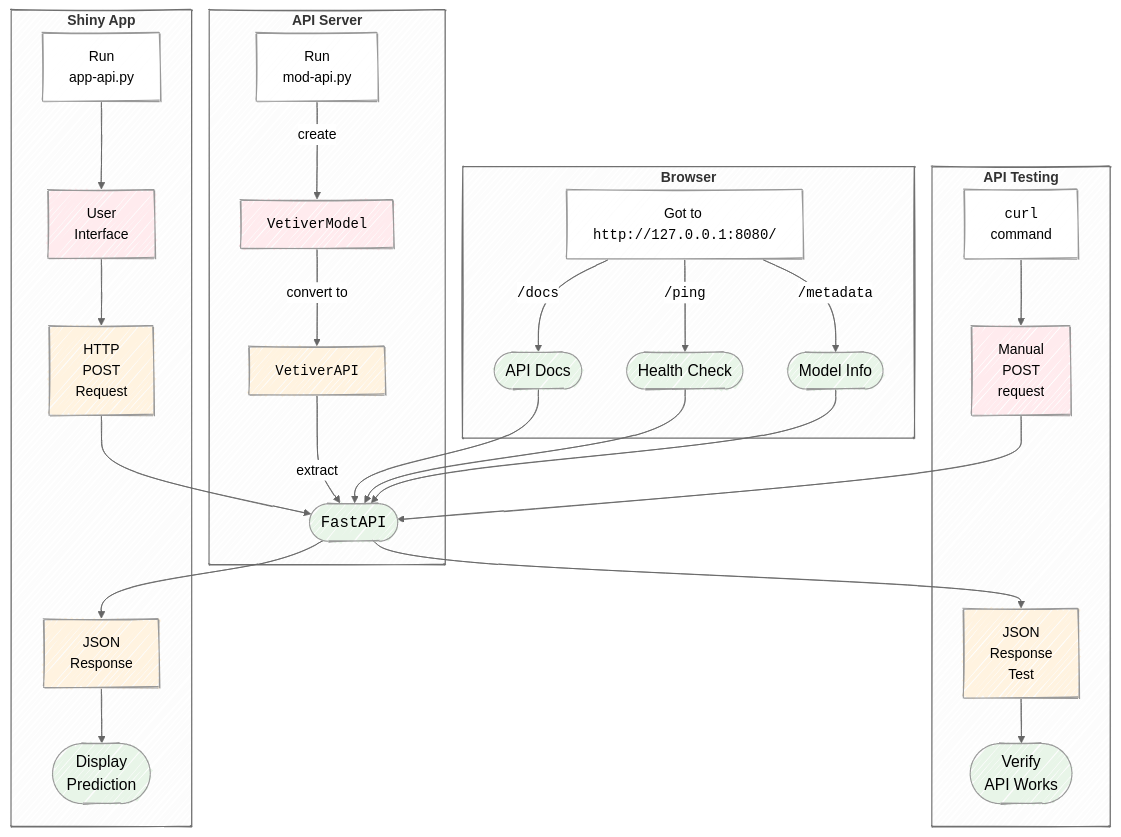
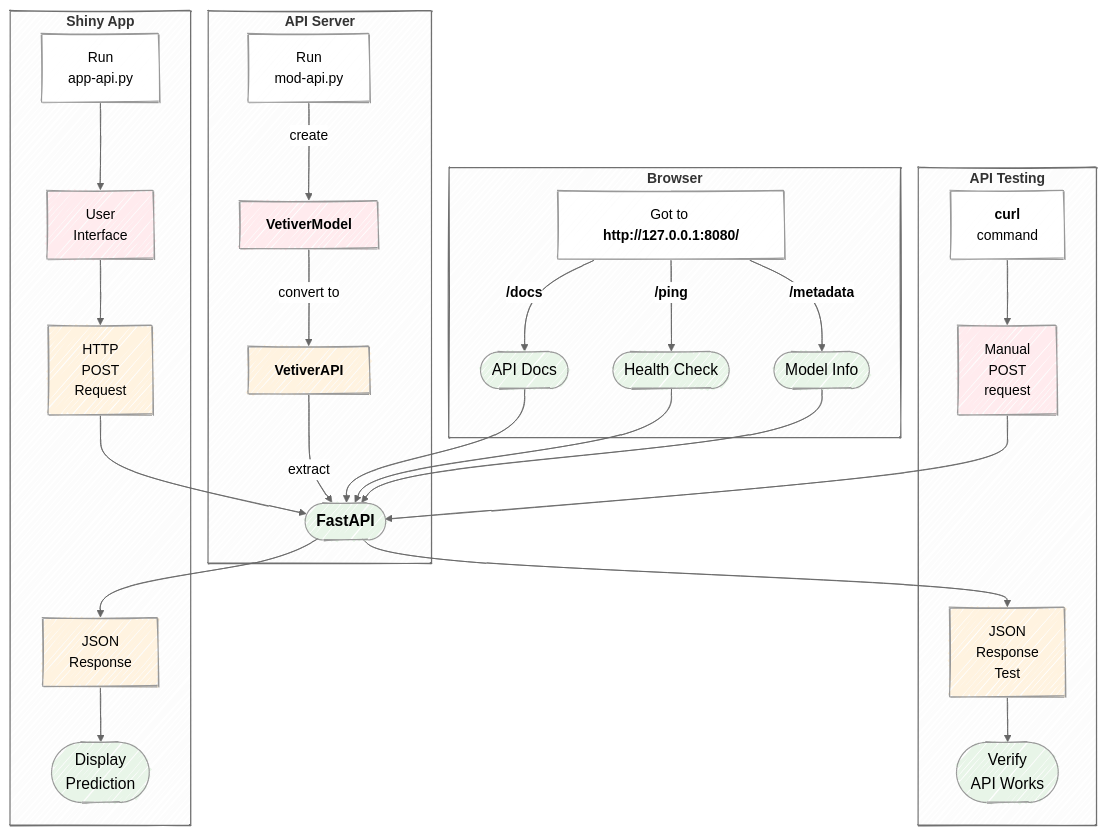
One commit to mjfrigaard/do4ds-labs changed the fourth of 7 diagrams in py-app-api.qmd. Above: the diagram before and after it, drawn with Mermaid. The commit also changed other lines of this file and 34 other files, not shown here.

Commit message:
updates to mermaid

````diff
--- a/py-app-api.qmd
+++ b/py-app-api.qmd
@@ -561,55 +563,56 @@
 ```{mermaid}
 %%| fig-cap: 'Shiny App, Vetiver API Server, & API testing'
 %%| fig-align: center
 %%{init: {'theme': 'neutral', 'look': 'handDrawn', 'themeVariables': { 'fontFamily': 'monospace'}}}%%
+
 graph TD
     subgraph T1["<strong>API Server</strong>"]
-        RunApi["Run<br>mod-api.py"] --"create"--> VetMod["<code>VetiverModel</code>"]
-        VetMod --"convert to"--> VetAPI["<code>VetiverAPI</code>"]
-        VetAPI --"extract"--> FastAPI(["<code>FastAPI</code>"])
+        RunApi["Run<br>mod-api.py"] --"create"--> VetMod["<strong>VetiverModel</strong>"]
+        VetMod --"convert to"--> VetAPI["<strong>VetiverAPI</strong>"]
+        VetAPI --"extract"--> FastAPI(["<strong>FastAPI</strong>"])
     end
     
     subgraph T2["<strong>API Testing</strong>"]
-        Curl["<code>curl</code><br>command"] --> ManPostReq["Manual<br>POST<br>request"]
+        Curl["<strong>curl</strong><br>command"] --> ManPostReq["Manual<br>POST<br>request"]
         ManPostReq --> FastAPI
         FastAPI --> JSONReq["JSON<br>Response<br>Test"]
         JSONReq --> VerAPI(["Verify<br>API Works"])
     end
     
    subgraph Browse["<strong>Browser</strong>"]
-        Http["`Got to <code>http://</code><code>127.0.0.1:8080/</code>`"] --"<code>/docs</code>"--> Docs(["API Docs"])
-        Http --"<code>/ping</code>"--> Health(["Health Check"])
-        Http --"<code>/metadata</code>"--> Info(["Model Info"])
+        Http["`Got to <strong>http://</strong><strong>127.0.0.1:8080/</strong>`"] --"<strong>/docs</strong>"--> Docs(["API Docs"])
+        Http --"<strong>/ping</strong>"--> Health(["Health Check"])
+        Http --"<strong>/metadata</strong>"--> Info(["Model Info"])
         Docs & Health & Info --> FastAPI
     end
 
     style Http fill:#FFF,color:#000,rx:20,ry:20,font-size:16px
     style RunApi fill:#FFF,color:#000,rx:20,ry:20,font-size:16px
     style Curl fill:#FFF,color:#000,rx:20,ry:20,font-size:16px
     
     style VetMod fill:#ffebee
     style ManPostReq fill:#ffebee
 
     style JSONReq fill:#fff3e0
     style VetAPI fill:#fff3e0
     
     style VerAPI fill:#e8f5e8,font-size:18px
     style FastAPI fill:#e8f5e8,font-size:18px
     style Docs fill:#e8f5e8,font-size:18px
     style Health fill:#e8f5e8,font-size:18px
     style Info fill:#e8f5e8,font-size:18px
 
     subgraph T3["<strong>Shiny App</strong>"]
        RunApp["Run<br>app-api.py"] --> UI["User<br>Interface"]
        UI --> HttpPostReq["HTTP<br>POST<br>Request"]
        HttpPostReq --> FastAPI
        FastAPI --> JSONResp["JSON<br>Response"]
        JSONResp --> DispPred(["Display<br>Prediction"])
     end
 
     style RunApp fill:#FFF,color:#000
     style UI fill:#ffebee,color:#000
     style HttpPostReq fill:#fff3e0,color:#000
     style JSONResp fill:#fff3e0,color:#000
     style DispPred fill:#e8f5e8,font-size:18px
 ```
````
